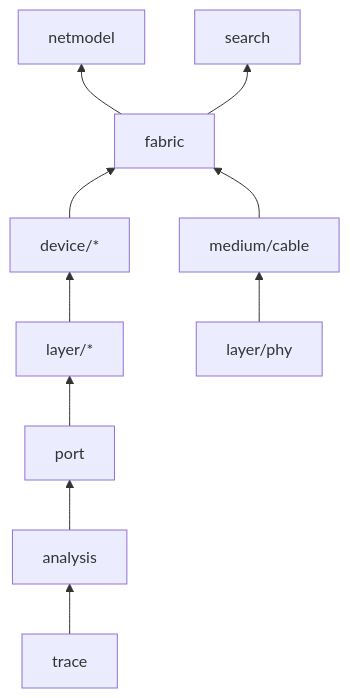
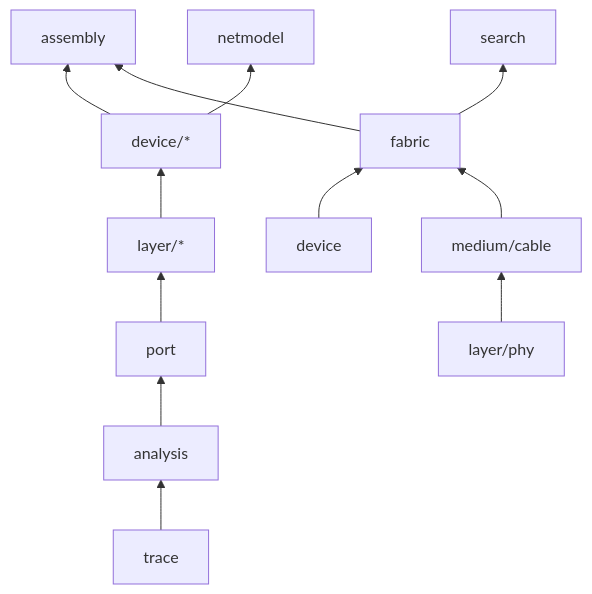
The diagram in docs/architecture/2026-10-01-simulation-package-shape-direction.md (Aledantee/FlowSeer), drawn with Mermaid before and after one commit. The commit also changed other lines of this file and 90 other files, not shown here.

````diff
--- a/docs/architecture/2026-10-01-simulation-package-shape-direction.md
+++ b/docs/architecture/2026-10-01-simulation-package-shape-direction.md
@@ -68,10 +69,12 @@
 ```mermaid
 flowchart BT
     trace --> analysis --> port --> layer["layer/*"]
     layer --> device["device/*"]
-    device --> fabric
+    device --> assembly
+    seam["device"] --> fabric
+    fabric --> assembly
     phy["layer/phy"] --> cable["medium/cable"]
     cable --> fabric
-    fabric --> netmodel
+    device --> netmodel
     fabric --> search
 ```
````
